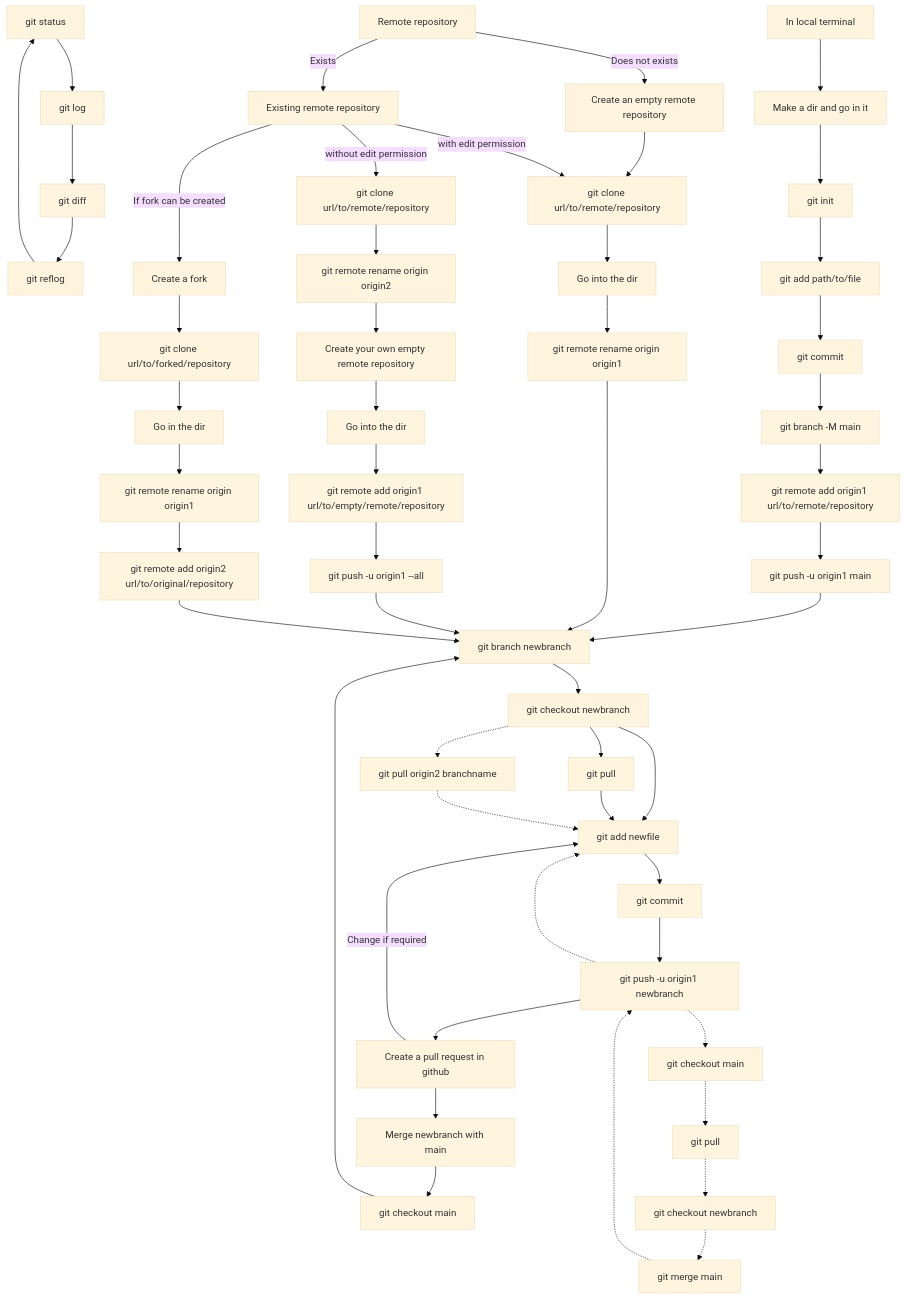
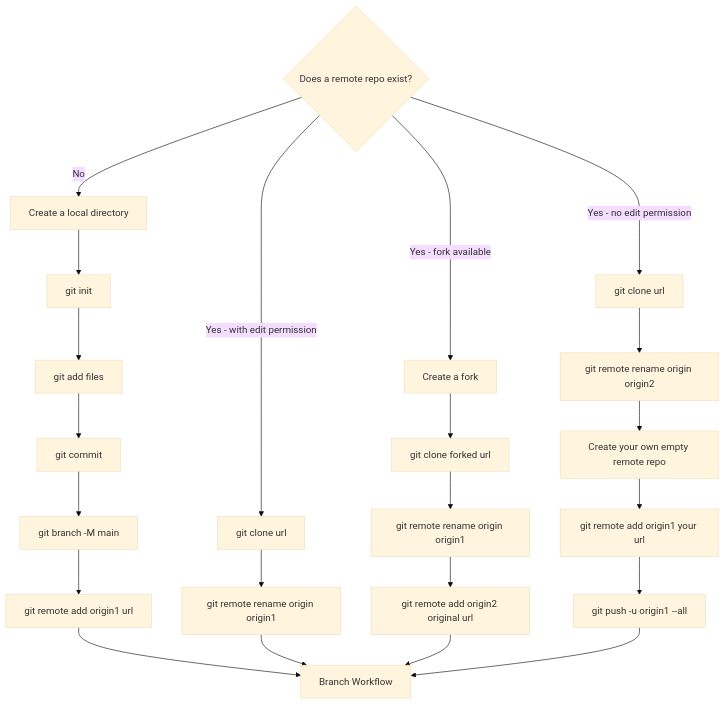
The second of 3 diagrams in useful-git-commands/README.md (suryamondal/various-commands), drawn with Mermaid (base theme) before and after one commit. The commit also changed other lines of this file, not shown here.

````diff
--- a/useful-git-commands/README.md
+++ b/useful-git-commands/README.md
@@ -48,24 +86,29 @@
 ```mermaid
-graph TD;
-    id17[git status]-->id18[git log]-->id5[git diff]-->id36[git reflog]-->id17;
-    id0[In local terminal]-->id1[Make a dir and go in it]-->id2[git init]-->id3[git add path/to/file]-->id4[git commit]-->id6[git branch -M main];
-    id6-->id7[git remote add origin1 url/to/remote/repository]-->id8[git push -u origin1 main];
-    id8-->id9[git branch newbranch]-->id10[git checkout newbranch]-->id11[git add newfile]-->id12[git commit]-->id13[git push -u origin1 newbranch];
-    id13-.->id11;
-    id13-->id14[Create a pull request in github]-->id15[Merge newbranch with main]-->id19[git checkout main]-->id9;
-    id14--Change if required-->id11;
-    id10-->id35[git pull]-->id11;
-    id10-.->id34[git pull origin2 branchname]-.->id11;
-    id41[Create an empty remote repository]-->id20[git clone url/to/remote/repository]-->id21[Go into the dir]
-    id21-->id26[git remote rename origin origin1]-->id9;
-    id60[Remote repository]--Exists-->id43;
-    id60--Does not exists-->id41;
-    id43[Existing remote repository]--If fork can be created-->id22;
-    id43--without edit permission-->id50[git clone url/to/remote/repository]-->id55[git remote rename origin origin2];
-    id55-->id51[Create your own empty remote repository]-->id54[Go into the dir];
-    id54-->id52[git remote add origin1 url/to/empty/remote/repository]-->id53[git push -u origin1 --all]-->id9;
-    id43--with edit permission-->id20;
-    id22[Create a fork]-->id23[git clone url/to/forked/repository]-->id24[Go in the dir]-->id25[git remote rename origin origin1];
-    id25-->id27[git remote add origin2 url/to/original/repository]-->id9;
-    id13-.->id30[git checkout main]-.->id31[git pull]-.->id32[git checkout newbranch]-.->id33[git merge main]-.->id13;
+graph TD
+    R{Does a remote repo exist?}
+
+    R -->|No| L1[Create a local directory]
+    L1 --> L2[git init]
+    L2 --> L3[git add files]
+    L3 --> L4[git commit]
+    L4 --> L5[git branch -M main]
+    L5 --> L6[git remote add origin1 url]
+    L6 --> BW[Branch Workflow]
+
+    R -->|Yes - with edit permission| C1[git clone url]
+    C1 --> C2[git remote rename origin origin1]
+    C2 --> BW
+
+    R -->|Yes - fork available| F1[Create a fork]
+    F1 --> F2[git clone forked url]
+    F2 --> F3[git remote rename origin origin1]
+    F3 --> F4[git remote add origin2 original url]
+    F4 --> BW
+
+    R -->|Yes - no edit permission| N1[git clone url]
+    N1 --> N2[git remote rename origin origin2]
+    N2 --> N3[Create your own empty remote repo]
+    N3 --> N4[git remote add origin1 your url]
+    N4 --> N5[git push -u origin1 --all]
+    N5 --> BW
 ```
````
